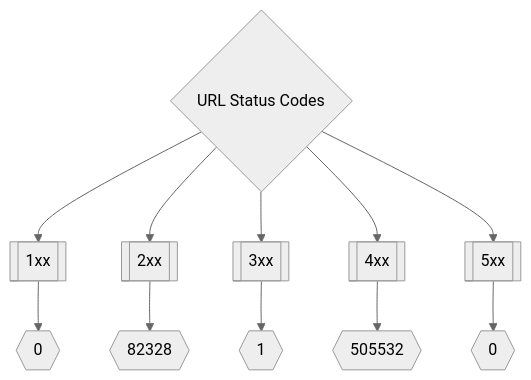
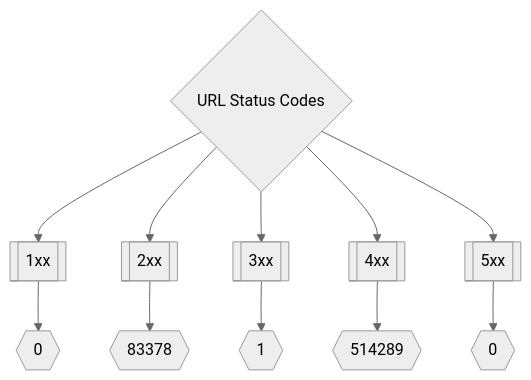
Before and after one commit to trickest/inventory: the second of 3 diagrams in README.md, drawn with Mermaid (neutral theme). The commit also changed other lines of this file, not shown here.

Commit message:
Update README.md Mon Jun  6 18:01:35 UTC 2022

````diff
--- a/README.md
+++ b/README.md
@@ -173,8 +173,8 @@
 ```mermaid
 graph TD
 title{URL Status Codes} --> 1xx[[1xx]] --> status1xxNum{{0}}
-title --> 2xx[[2xx]] --> status2xxNum{{82328}}
+title --> 2xx[[2xx]] --> status2xxNum{{83378}}
 title --> 3xx[[3xx]] --> status3xxNum{{1}}
-title --> 4xx[[4xx]] --> status4xxNum{{505532}}
+title --> 4xx[[4xx]] --> status4xxNum{{514289}}
 title --> 5xx[[5xx]] --> status5xxNum{{0}}
 ```
````
